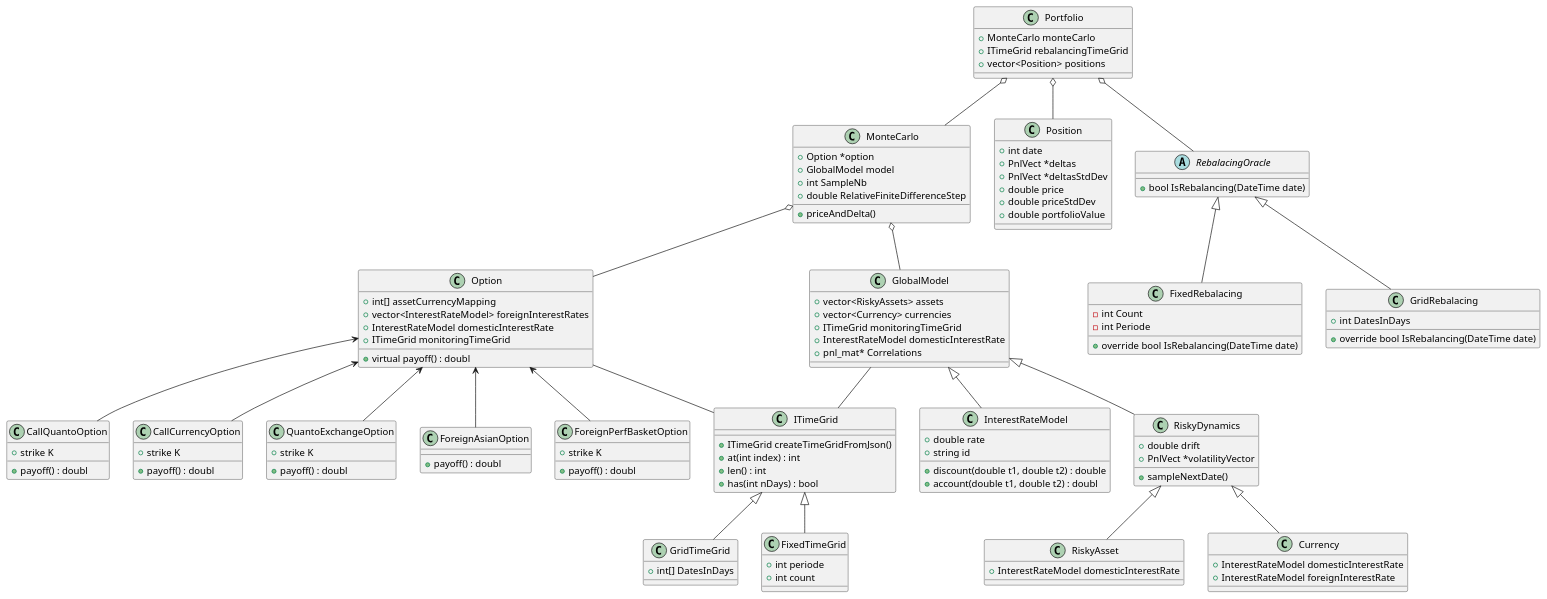
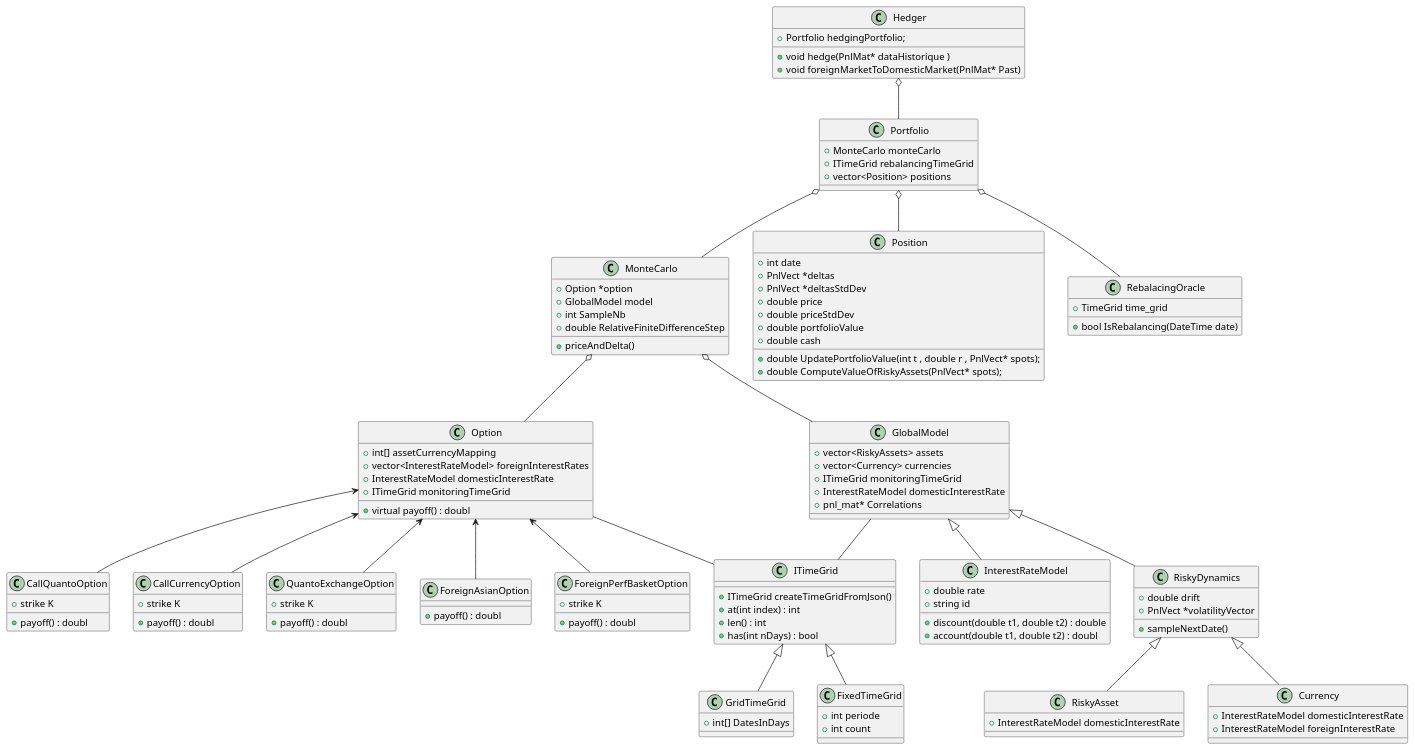
One commit to mohameml/projet-MT changed the diagram in res/conception/conception.puml. Above: the diagram before and after it, drawn with PlantUML. The commit also changed 22 other files, not shown here.

```diff
--- a/res/conception/conception.puml
+++ b/res/conception/conception.puml
@@ -1,4 +1,15 @@
 @startuml conception
+
+
+
+class Hedger {
+    + Portfolio hedgingPortfolio;
+
+    + void hedge(PnlMat* dataHistorique )
+    + void foreignMarketToDomesticMarket(PnlMat* Past)
+}
+
+Hedger o-- Portfolio
 
 
 class Portfolio {
@@ -28,6 +39,10 @@
     + double price
     + double priceStdDev
     + double portfolioValue
+    + double cash 
+    + double UpdatePortfolioValue(int t , double r , PnlVect* spots);
+    + double ComputeValueOfRiskyAssets(PnlVect* spots);
+
 }
 
 
@@ -138,20 +153,21 @@
 }
 
 
-abstract class  RebalacingOracle  {
+class  RebalacingOracle  {
+    + TimeGrid time_grid
     + bool IsRebalancing(DateTime date)
 }
 
-class FixedRebalacing {
-    - int Count 
-    - int Periode 
-    + override bool IsRebalancing(DateTime date)
-}
+' class FixedRebalacing {
+'     - int Count 
+'     - int Periode 
+'     + override bool IsRebalancing(DateTime date)
+' }
 
-class GridRebalacing {
-    + int DatesInDays
-    + override bool IsRebalancing(DateTime date)
-}
+' class GridRebalacing {
+'     + int DatesInDays
+'     + override bool IsRebalancing(DateTime date)
+' }
 
 
 
@@ -169,8 +185,8 @@
 Option <-- ForeignPerfBasketOption
 Option -- ITimeGrid
 
-RebalacingOracle <|-- FixedRebalacing
-RebalacingOracle <|-- GridRebalacing
+' RebalacingOracle <|-- FixedRebalacing
+' RebalacingOracle <|-- GridRebalacing
 
 
 ITimeGrid <|-- GridTimeGrid 
```
